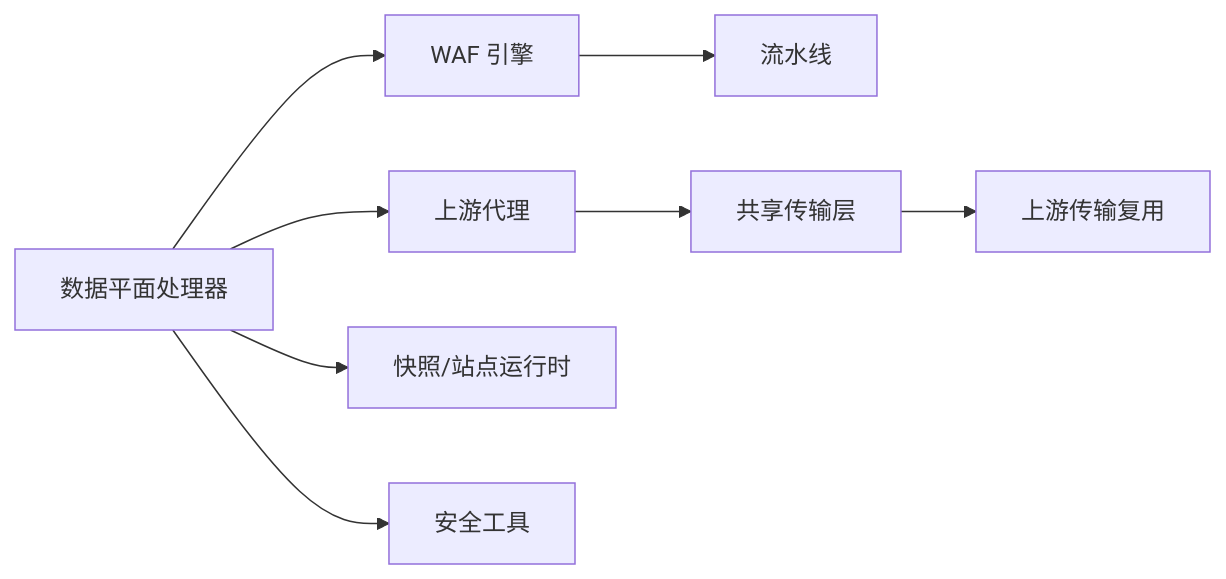
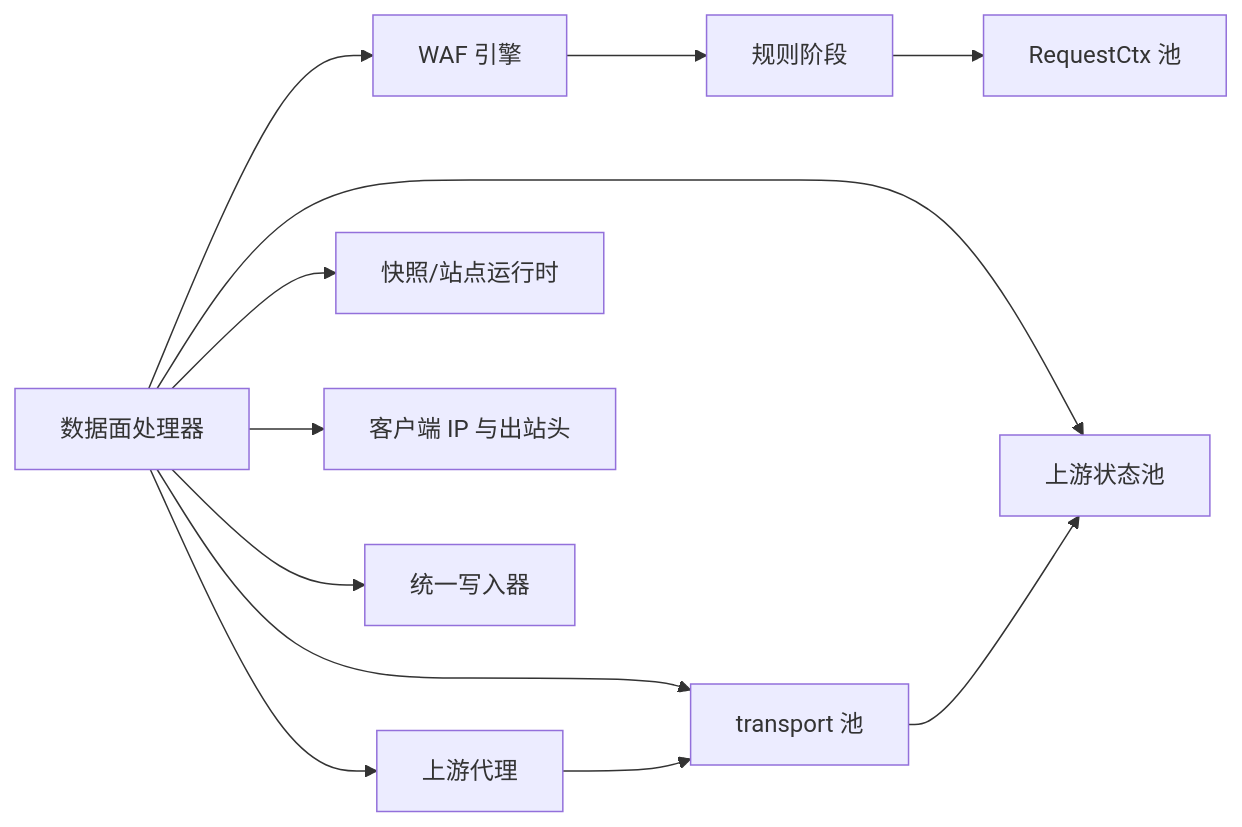
Before and after one commit to x01n/My-OpenWaf: diagram 11 of 12 in docs/数据平面处理/数据平面处理.md, drawn with Mermaid. The commit also changed other lines of this file and 622 other files, not shown here.

````diff
--- a/docs/数据平面处理/数据平面处理.md
+++ b/docs/数据平面处理/数据平面处理.md
@@ -361,10 +583,14 @@
 ```mermaid
 graph LR
-DP["数据平面处理器"] --> ENG["WAF 引擎"]
+DP["数据面处理器"] --> ENG["WAF 引擎"]
 DP --> PRX["上游代理"]
+DP --> TRP["transport 池"]
 DP --> SNAP["快照/站点运行时"]
-DP --> SEC["安全工具"]
-ENG --> PIPE["流水线"]
-PRX --> TRP["共享传输层"]
-TRP --> UPT["上游传输复用"]
+DP --> SEC["客户端 IP 与出站头"]
+DP --> UP["上游状态池"]
+DP --> OBS["统一写入器"]
+PRX --> TRP
+TRP --> UP
+ENG --> PIPE["规则阶段"]
+PIPE --> POOL["RequestCtx 池"]
 ```
````
